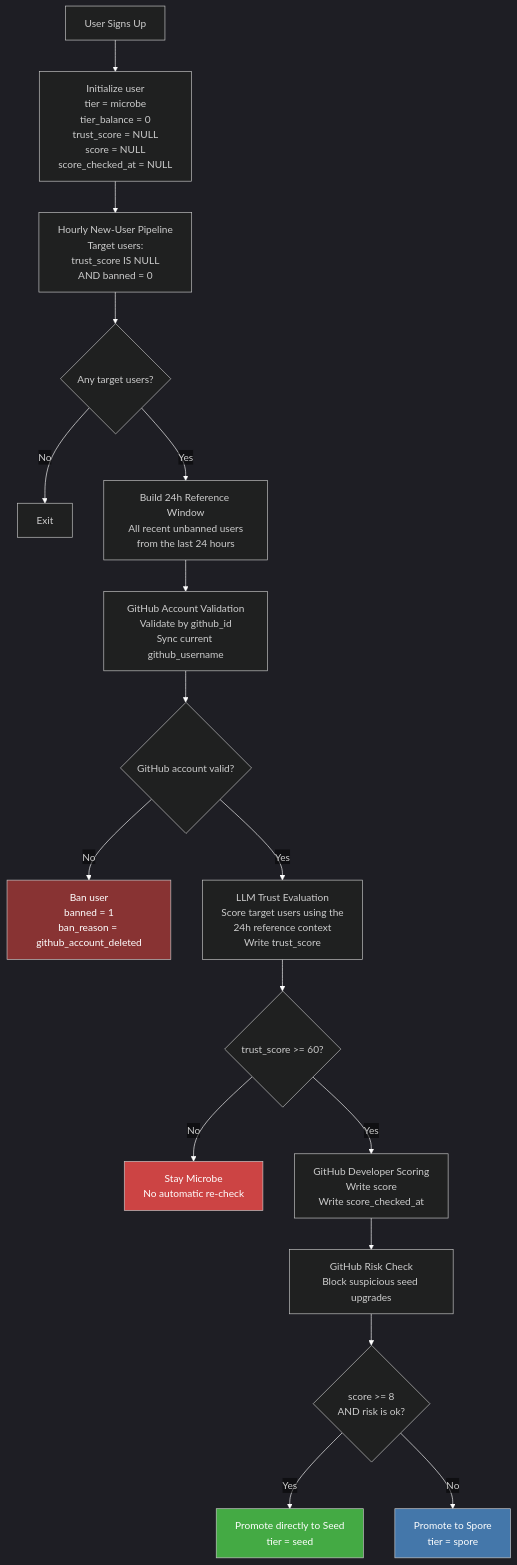
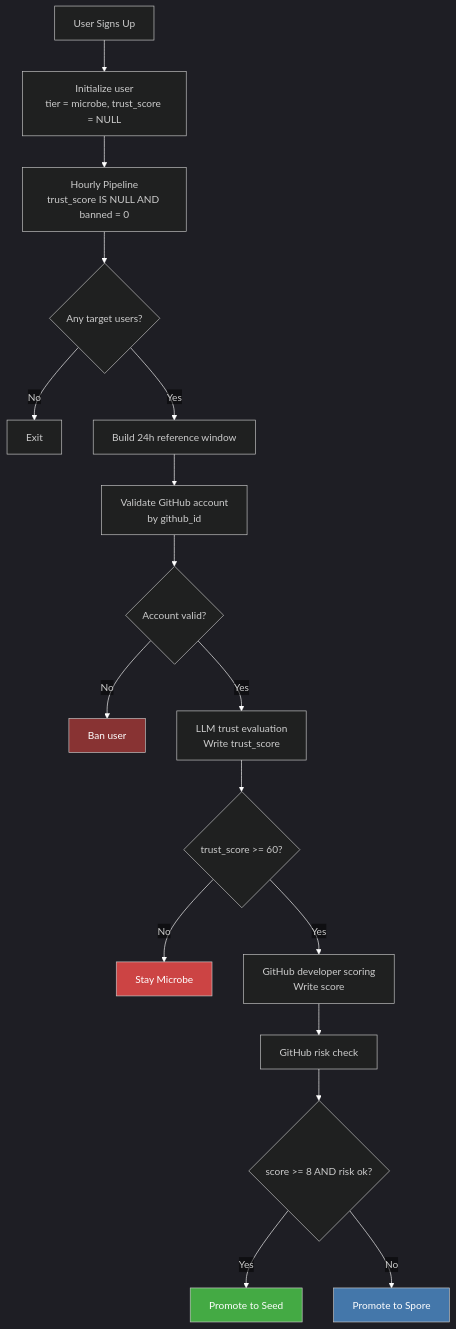
One commit to pollinations/pollinations changed the first of 2 diagrams in enter.pollinations.ai/scripts/user-pipeline/README.md. Above: the diagram before and after it, drawn with Mermaid. The commit also changed other lines of this file and 21 other files, not shown here.

First line of the commit message:
simplify: consolidate user pipeline, convert Python to TypeScript

````diff
--- a/enter.pollinations.ai/scripts/user-pipeline/README.md
+++ b/enter.pollinations.ai/scripts/user-pipeline/README.md
@@ -71,56 +47,37 @@
 ```mermaid
 %%{init: {'theme': 'dark', 'themeVariables': {'lineColor': '#ffffff', 'edgeLabelBackground': 'transparent'}}}%%
 flowchart TD
     A["User Signs Up"] --> B["Initialize user
-tier = microbe
-tier_balance = 0
-trust_score = NULL
-score = NULL
-score_checked_at = NULL"]
+tier = microbe, trust_score = NULL"]
 
-    B --> C["Hourly New-User Pipeline
-Target users:
-trust_score IS NULL
-AND banned = 0"]
+    B --> C["Hourly Pipeline
+trust_score IS NULL AND banned = 0"]
 
     C --> D{"Any target users?"}
     D -->|No| E["Exit"]
-    D -->|Yes| F["Build 24h Reference Window
-All recent unbanned users
-from the last 24 hours"]
+    D -->|Yes| F["Build 24h reference window"]
 
-    F --> G["GitHub Account Validation
-Validate by github_id
-Sync current github_username"]
+    F --> G["Validate GitHub account
+by github_id"]
 
-    G --> H{"GitHub account valid?"}
-    H -->|No| I["Ban user
-banned = 1
-ban_reason = github_account_deleted"]
-    H -->|Yes| J["LLM Trust Evaluation
-Score target users using the
-24h reference context
+    G --> H{"Account valid?"}
+    H -->|No| I["Ban user"]
+    H -->|Yes| J["LLM trust evaluation
 Write trust_score"]
 
     J --> K{"trust_score >= 60?"}
-    K -->|No| L["Stay Microbe
-No automatic re-check"]
-    K -->|Yes| M["GitHub Developer Scoring
-Write score
-Write score_checked_at"]
+    K -->|No| L["Stay Microbe"]
+    K -->|Yes| M["GitHub developer scoring
+Write score"]
 
-    M --> N["GitHub Risk Check
-Block suspicious seed upgrades"]
+    M --> N["GitHub risk check"]
 
-    N --> O{"score >= 8
-AND risk is ok?"}
-    O -->|Yes| P["Promote directly to Seed
-tier = seed"]
-    O -->|No| Q["Promote to Spore
-tier = spore"]
+    N --> O{"score >= 8 AND risk ok?"}
+    O -->|Yes| P["Promote to Seed"]
+    O -->|No| Q["Promote to Spore"]
 
     style I fill:#833,color:#fff
     style L fill:#c44,color:#fff
     style Q fill:#47a,color:#fff
     style P fill:#4a4,color:#fff
 ```
````
